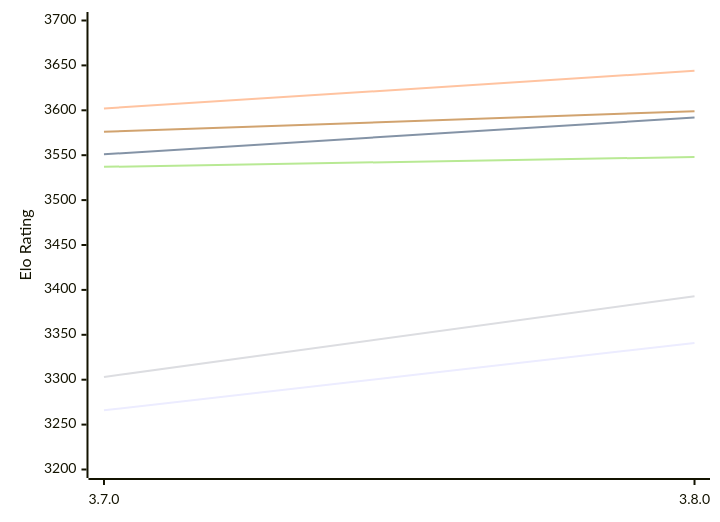
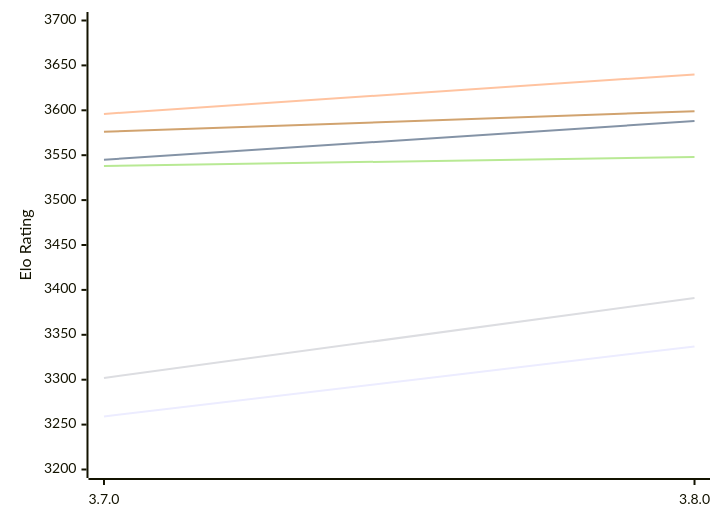
The first of 2 diagrams in engines/Igel.md (computer-chess-index/cci), drawn with Mermaid before and after one commit. The commit also changed other lines of this file, not shown here.

Commit message:
Update CCI Ratings (ELO VLTC) - 2026-11-26

````diff
--- a/engines/Igel.md
+++ b/engines/Igel.md
@@ -51,12 +51,12 @@
 ```mermaid
 %%{init: {"theme":"base","themeVariables":{"seriesColors:['#a3a3a3','#222221','#faa371']}}}%%
 xychart-beta
   x-axis ["3.7.0", "3.8.0"]
   y-axis "Elo Rating" 3200 --> 3700
-  line "E1: STC (8.0+0.08s)" [3266, 3341]
-  line "E1: LTC (60.0+0.60s)" [3551, 3592]
-  line "E1: VLTC (2m24s+1.12s)" [3602, 3644]
-  line "P1: STC (8.0+0.08s)" [3303, 3393]
-  line "P1: LTC (60.0+0.60s)" [3537, 3548]
+  line "E1: STC (8.0+0.08s)" [3259, 3337]
+  line "E1: LTC (60.0+0.60s)" [3545, 3588]
+  line "E1: VLTC (2m24s+1.12s)" [3596, 3640]
+  line "P1: STC (8.0+0.08s)" [3302, 3391]
+  line "P1: LTC (60.0+0.60s)" [3538, 3548]
   line "P1: VLTC (2m24s+1.12s)" [3576, 3599]
 ```
````
